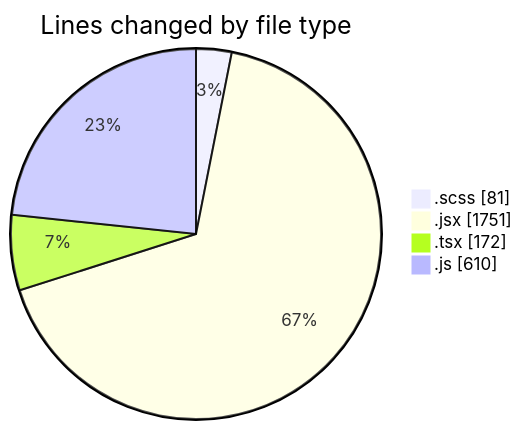
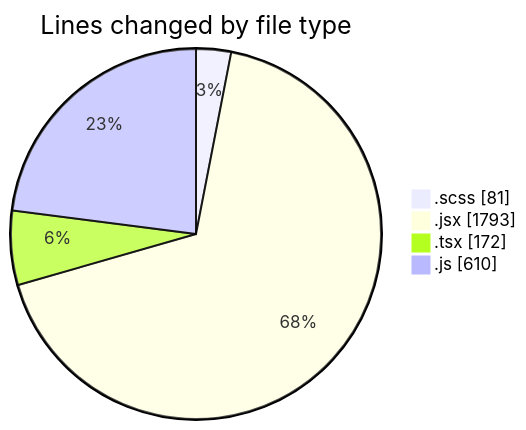
One commit to momahboobian/code-tracking changed the first of 2 diagrams in 2025-06-03/cda/README.md. Above: the diagram before and after it, drawn with Mermaid. The commit also changed other lines of this file and 1 other file, not shown here.

````diff
--- a/2025-06-03/cda/README.md
+++ b/2025-06-03/cda/README.md
@@ -25,8 +25,8 @@
 ```mermaid
 pie showData
 title Lines changed by file type
 ".scss" : 81
-".jsx" : 1751
+".jsx" : 1793
 ".tsx" : 172
 ".js" : 610
 ```
````
